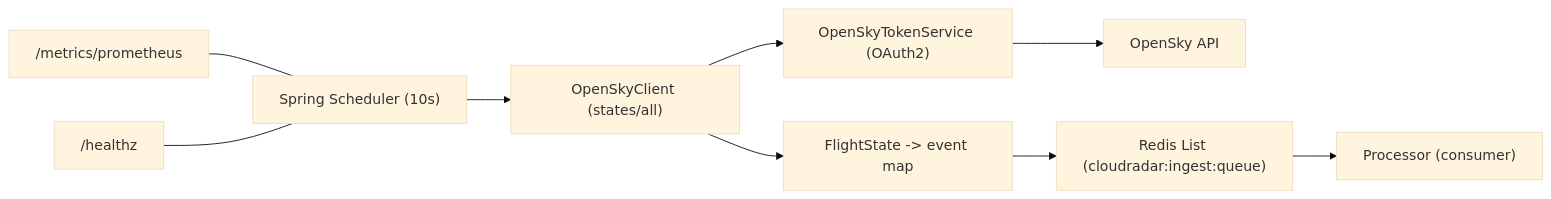
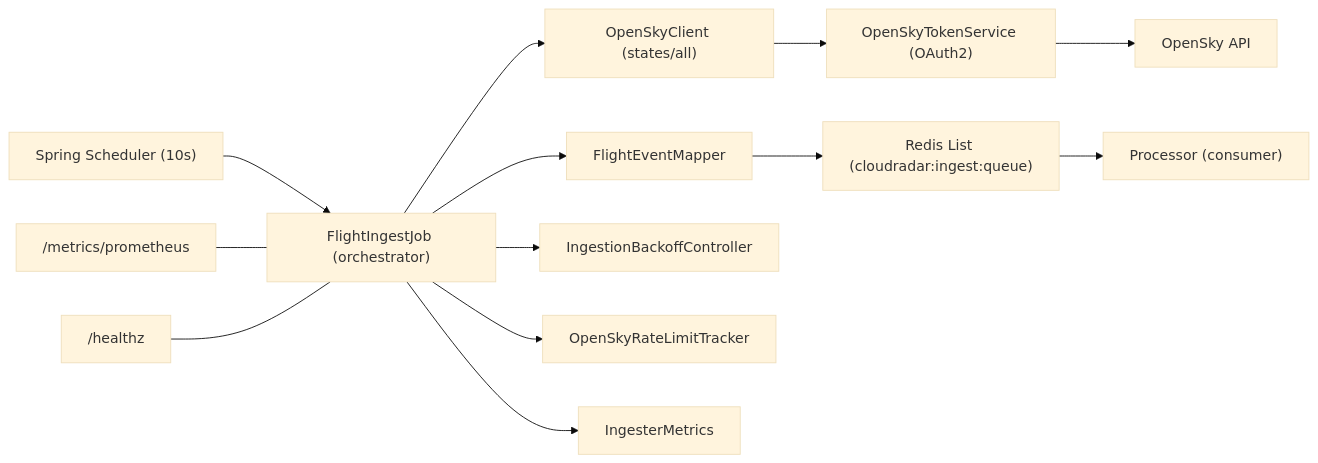
One commit to ClementV78/CloudRadar changed the first of 3 diagrams in src/ingester/README.md. Above: the diagram before and after it, drawn with Mermaid (base theme). The commit also changed other lines of this file and 25 other files, not shown here.

````diff
--- a/src/ingester/README.md
+++ b/src/ingester/README.md
@@ -7,11 +7,15 @@
 ```mermaid
 flowchart LR
-  Scheduler["Spring Scheduler (10s)"] --> Fetch["OpenSkyClient (states/all)"]
+  Scheduler["Spring Scheduler (10s)"] --> Job["FlightIngestJob (orchestrator)"]
+  Job --> Fetch["OpenSkyClient (states/all)"]
   Fetch --> Token["OpenSkyTokenService (OAuth2)"]
   Token --> OpenSky["OpenSky API"]
-  Fetch --> Map["FlightState -> event map"]
-  Map --> Redis["Redis List (cloudradar:ingest:queue)"]
+  Job --> Mapper["FlightEventMapper"]
+  Job --> Backoff["IngestionBackoffController"]
+  Job --> RateLimit["OpenSkyRateLimitTracker"]
+  Job --> IMetrics["IngesterMetrics"]
+  Mapper --> Redis["Redis List (cloudradar:ingest:queue)"]
   Redis --> Processor["Processor (consumer)"]
-  Metrics["/metrics/prometheus"] --- Scheduler
-  Health["/healthz"] --- Scheduler
+  Metrics["/metrics/prometheus"] --- Job
+  Health["/healthz"] --- Job
 ```
````
